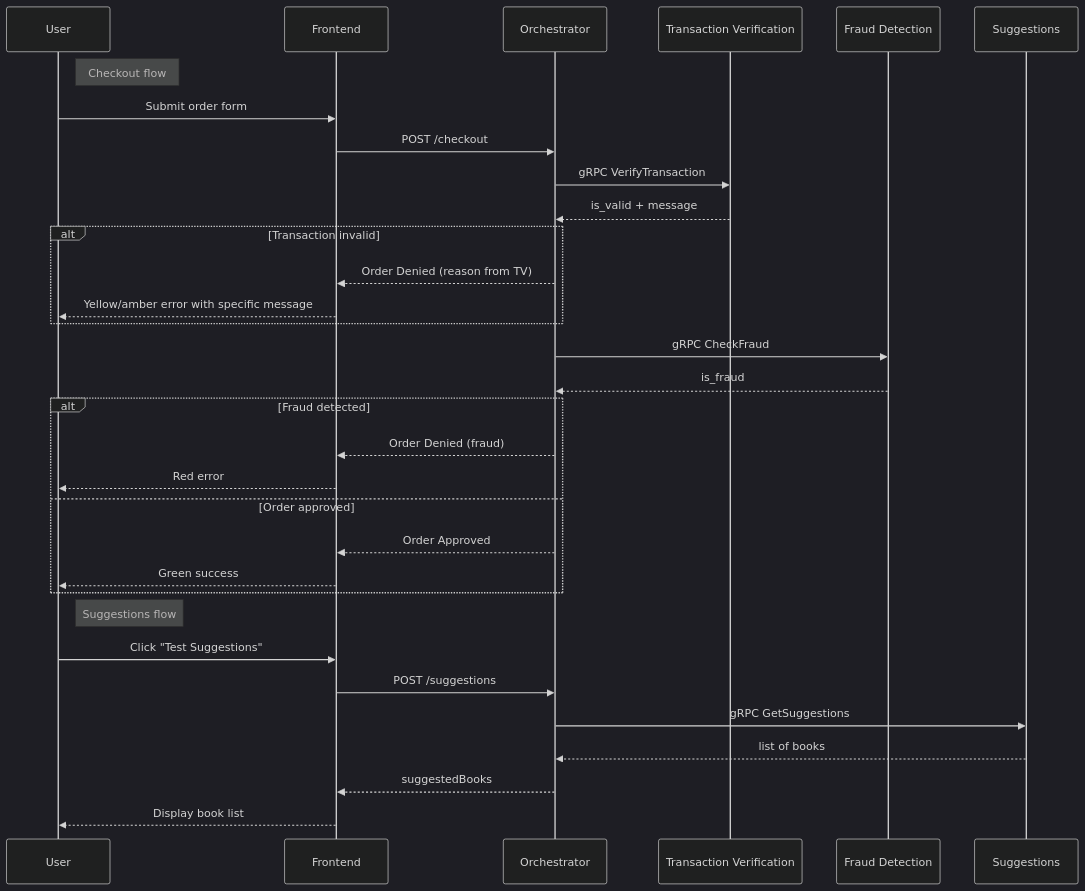
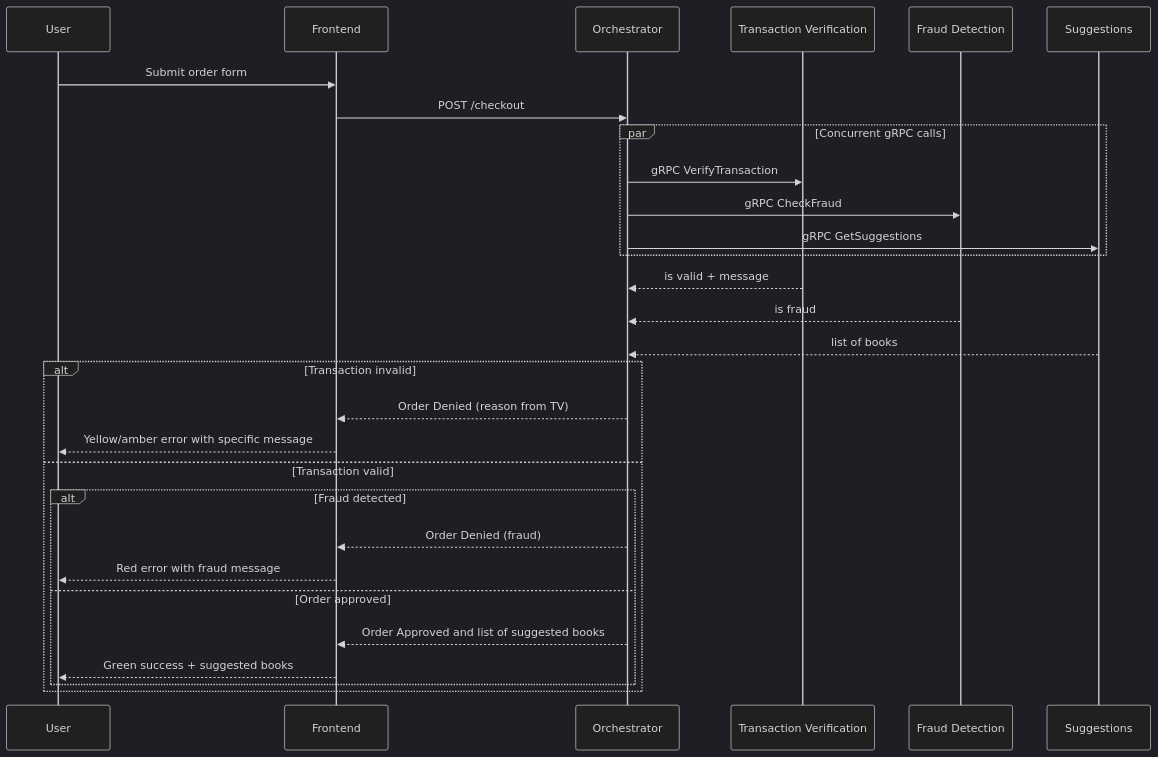
Before and after one commit to mobile-cloud-computing/ds-practice-2025: the second of 2 diagrams in README.md, drawn with Mermaid (dark theme). The commit also changed other lines of this file and 12 other files, not shown here.

````diff
--- a/README.md
+++ b/README.md
@@ -32,36 +32,32 @@
 ```mermaid
 sequenceDiagram
     participant U as User
     participant F as Frontend
     participant O as Orchestrator
     participant TV as Transaction Verification
     participant FD as Fraud Detection
     participant S as Suggestions
 
-    note right of U: Checkout flow
     U->>F: Submit order form
     F->>O: POST /checkout
-    O->>TV: gRPC VerifyTransaction
-    TV-->>O: is_valid + message
+    par Concurrent gRPC calls
+        O->>TV: gRPC VerifyTransaction
+        O->>FD: gRPC CheckFraud
+        O->>S: gRPC GetSuggestions
+    end
+    TV-->>O: is valid + message
+    FD-->>O: is fraud
+    S-->>O: list of books
     alt Transaction invalid
         O-->>F: Order Denied (reason from TV)
         F-->>U: Yellow/amber error with specific message
+    else Transaction valid
+        alt Fraud detected
+            O-->>F: Order Denied (fraud)
+            F-->>U: Red error with fraud message
+        else Order approved
+            O-->>F: Order Approved and list of suggested books
+            F-->>U: Green success + suggested books
+        end
     end
-    O->>FD: gRPC CheckFraud
-    FD-->>O: is_fraud
-    alt Fraud detected
-        O-->>F: Order Denied (fraud)
-        F-->>U: Red error
-    else Order approved
-        O-->>F: Order Approved
-        F-->>U: Green success
-    end
-
-    note right of U: Suggestions flow
-    U->>F: Click "Test Suggestions"
-    F->>O: POST /suggestions
-    O->>S: gRPC GetSuggestions
-    S-->>O: list of books
-    O-->>F: suggestedBooks
-    F-->>U: Display book list
 ```
````
